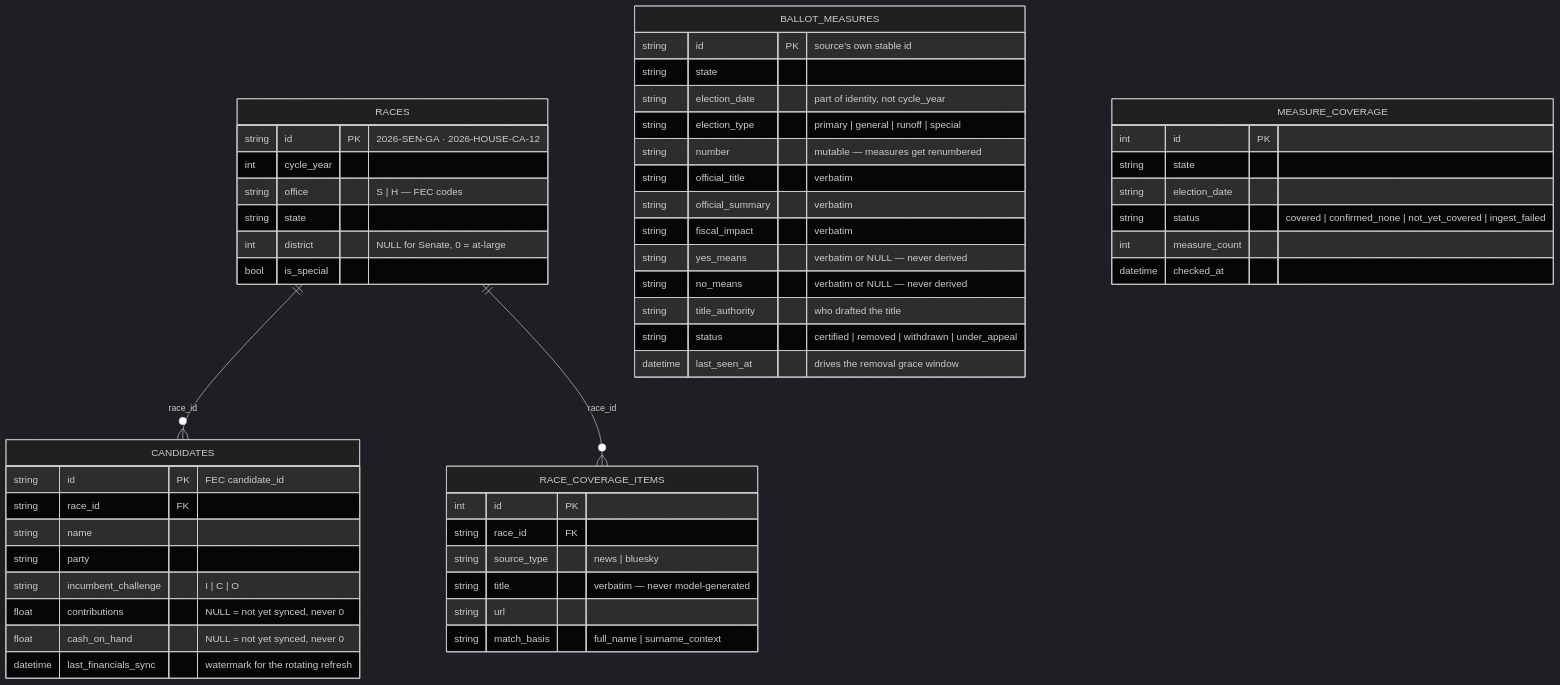
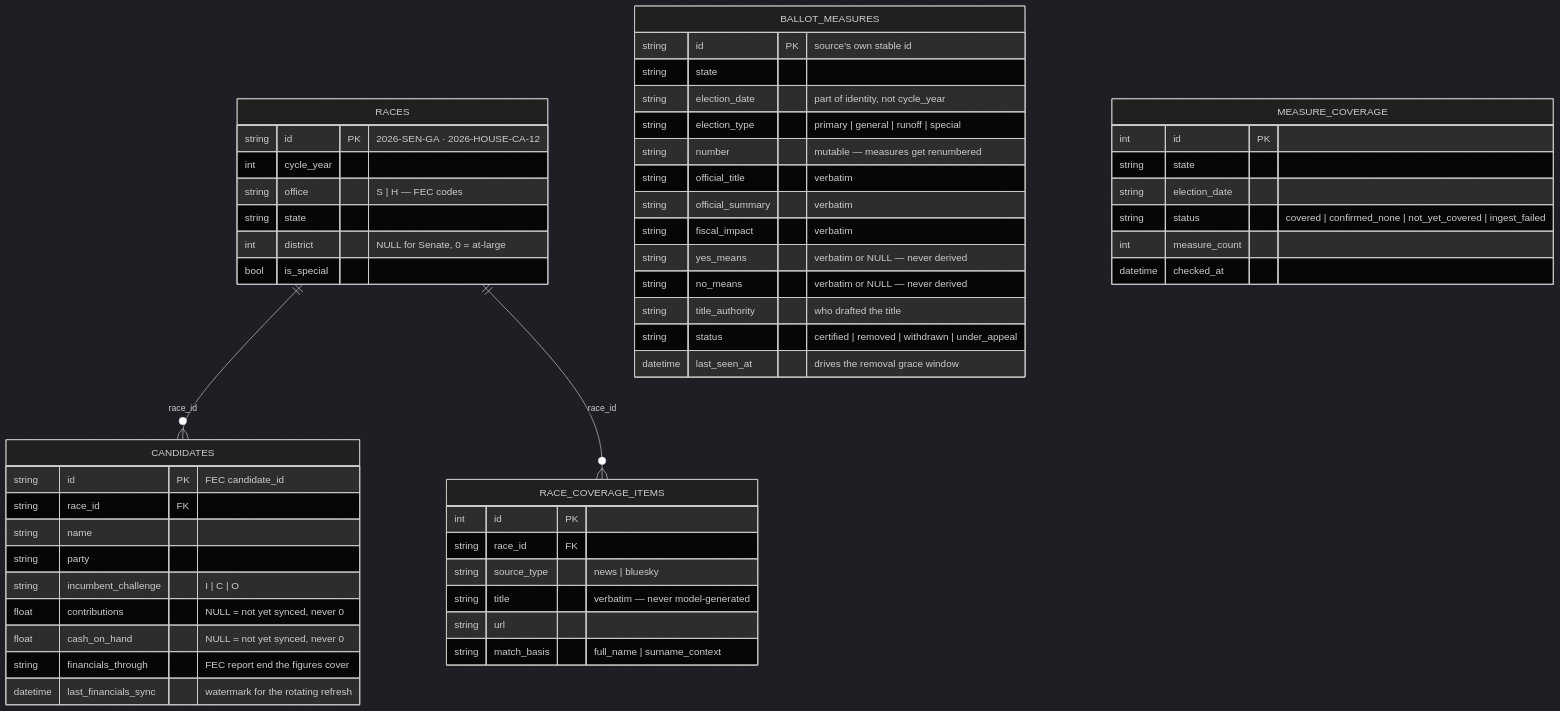
The fourth of 6 diagrams in docs/diagrams/07-data-model.md (kamoras/civitas), drawn with Mermaid (dark theme) before and after one commit. The commit also changed 25 other files, not shown here.

First line of the commit message:
Elections: a race's own FEC money dated by its report; verbatim yes/no sentences

````diff
--- a/docs/diagrams/07-data-model.md
+++ b/docs/diagrams/07-data-model.md
@@ -196,55 +196,56 @@
 ```mermaid
 erDiagram
     RACES ||--o{ CANDIDATES : "race_id"
     RACES ||--o{ RACE_COVERAGE_ITEMS : "race_id"
 
     RACES {
         string id PK "2026-SEN-GA · 2026-HOUSE-CA-12"
         int cycle_year
         string office "S | H — FEC codes"
         string state
         int district "NULL for Senate, 0 = at-large"
         bool is_special
     }
     CANDIDATES {
         string id PK "FEC candidate_id"
         string race_id FK
         string name
         string party
         string incumbent_challenge "I | C | O"
         float contributions "NULL = not yet synced, never 0"
         float cash_on_hand "NULL = not yet synced, never 0"
+        string financials_through "FEC report end the figures cover"
         datetime last_financials_sync "watermark for the rotating refresh"
     }
     RACE_COVERAGE_ITEMS {
         int id PK
         string race_id FK
         string source_type "news | bluesky"
         string title "verbatim — never model-generated"
         string url
         string match_basis "full_name | surname_context"
     }
     BALLOT_MEASURES {
         string id PK "source's own stable id"
         string state
         string election_date "part of identity, not cycle_year"
         string election_type "primary | general | runoff | special"
         string number "mutable — measures get renumbered"
         string official_title "verbatim"
         string official_summary "verbatim"
         string fiscal_impact "verbatim"
         string yes_means "verbatim or NULL — never derived"
         string no_means "verbatim or NULL — never derived"
         string title_authority "who drafted the title"
         string status "certified | removed | withdrawn | under_appeal"
         datetime last_seen_at "drives the removal grace window"
     }
     MEASURE_COVERAGE {
         int id PK
         string state
         string election_date
         string status "covered | confirmed_none | not_yet_covered | ingest_failed"
         int measure_count
         datetime checked_at
     }
 ```
````
